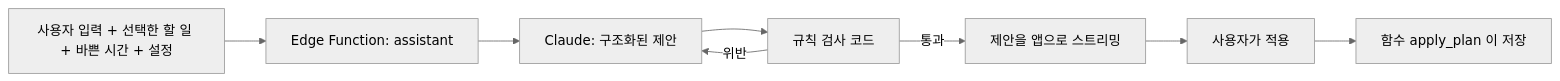
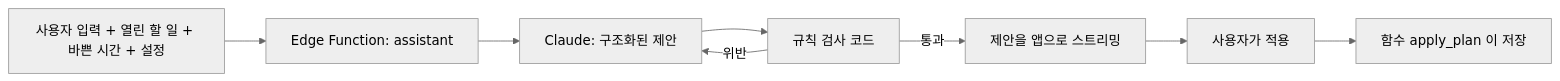
The third of 5 diagrams in docs/SRD.md (kim1188/pondu), drawn with Mermaid (neutral theme) before and after one commit. The commit also changed other lines of this file and 2 other files, not shown here.

Commit message:
인계 안내 추가, SRD의 AI 전송 범위 문구 수정, README 목차 보강
Claude-Session: https://claude.ai/code/session_013hXSsYEQQrDWXKBqYSvwsc

````diff
--- a/docs/SRD.md
+++ b/docs/SRD.md
@@ -78,10 +78,10 @@
 ```mermaid
 flowchart LR
-    A[사용자 입력 + 선택한 할 일 + 바쁜 시간 + 설정] --> B[Edge Function: assistant]
+    A[사용자 입력 + 열린 할 일 + 바쁜 시간 + 설정] --> B[Edge Function: assistant]
     B --> C[Claude: 구조화된 제안]
     C --> D[규칙 검사 코드]
     D -->|통과| E[제안을 앱으로 스트리밍]
     D -->|위반| C
     E --> F[사용자가 적용]
     F --> G[함수 apply_plan 이 저장]
 ```
````
